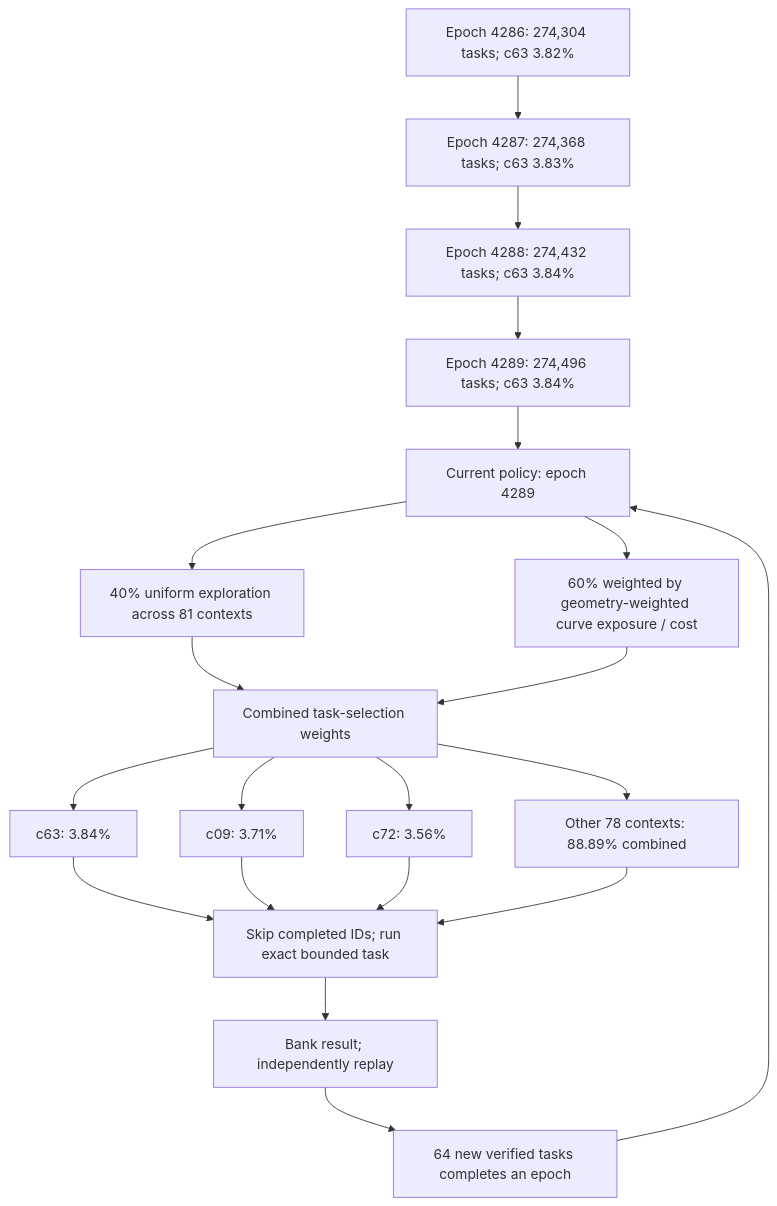
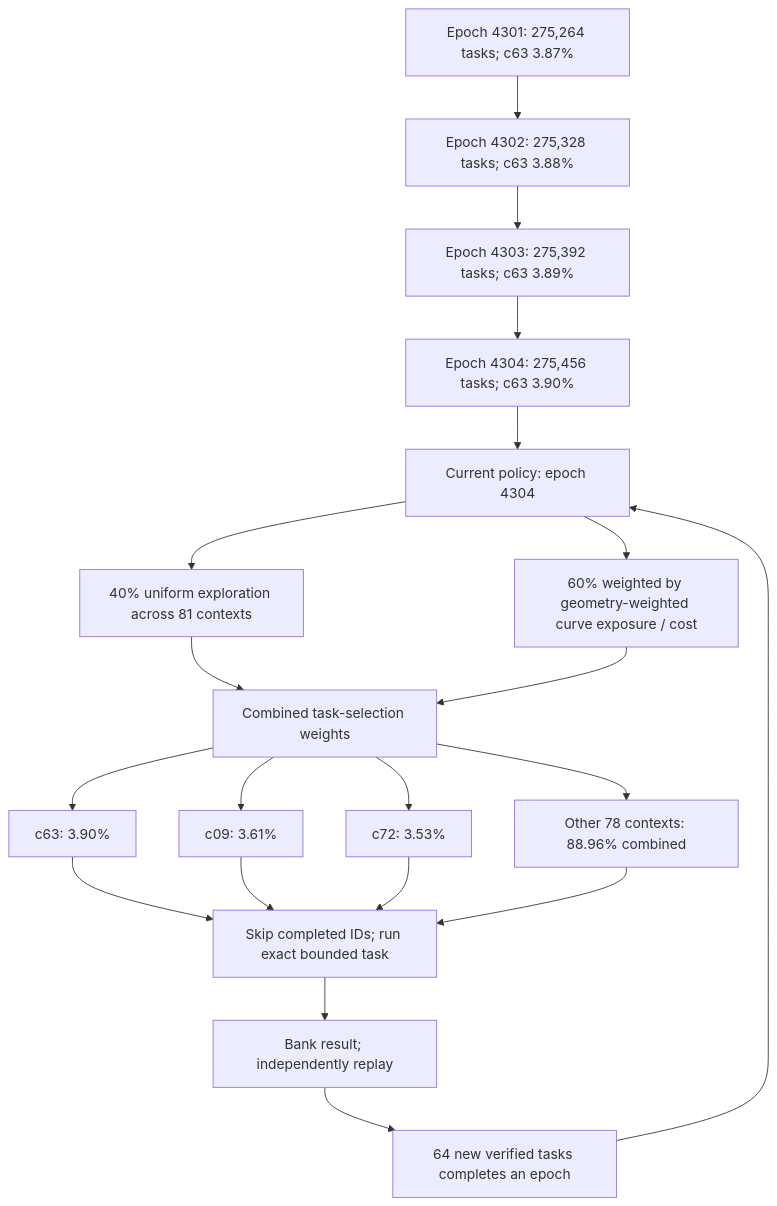
Before and after one commit to Kuberwastaken/math-gambling: the first of 3 diagrams in README.md, drawn with Mermaid. The commit also changed other lines of this file and 3186 other files, not shown here.

````diff
--- a/README.md
+++ b/README.md
@@ -60,27 +60,27 @@
 ```mermaid
 flowchart TD
-    H0["Epoch 4286: 274,304 tasks; c63 3.82%"]
-    H1["Epoch 4287: 274,368 tasks; c63 3.83%"]
+    H0["Epoch 4301: 275,264 tasks; c63 3.87%"]
+    H1["Epoch 4302: 275,328 tasks; c63 3.88%"]
     H0 --> H1
-    H2["Epoch 4288: 274,432 tasks; c63 3.84%"]
+    H2["Epoch 4303: 275,392 tasks; c63 3.89%"]
     H1 --> H2
-    H3["Epoch 4289: 274,496 tasks; c63 3.84%"]
+    H3["Epoch 4304: 275,456 tasks; c63 3.90%"]
     H2 --> H3
-    Policy["Current policy: epoch 4289"]
+    Policy["Current policy: epoch 4304"]
     H3 --> Policy
     Policy --> Explore["40% uniform exploration across 81 contexts"]
     Policy --> Cost["60% weighted by geometry-weighted curve exposure / cost"]
     Explore --> Mix["Combined task-selection weights"]
     Cost --> Mix
-    Mix --> C0["c63: 3.84%"]
-    Mix --> C1["c09: 3.71%"]
-    Mix --> C2["c72: 3.56%"]
-    Mix --> Rest["Other 78 contexts: 88.89% combined"]
+    Mix --> C0["c63: 3.90%"]
+    Mix --> C1["c09: 3.61%"]
+    Mix --> C2["c72: 3.53%"]
+    Mix --> Rest["Other 78 contexts: 88.96% combined"]
     C0 --> Check["Skip completed IDs; run exact bounded task"]
     C1 --> Check
     C2 --> Check
     Rest --> Check
     Check --> Replay["Bank result; independently replay"]
     Replay --> Gate["64 new verified tasks completes an epoch"]
     Gate --> Policy
 ```
````
